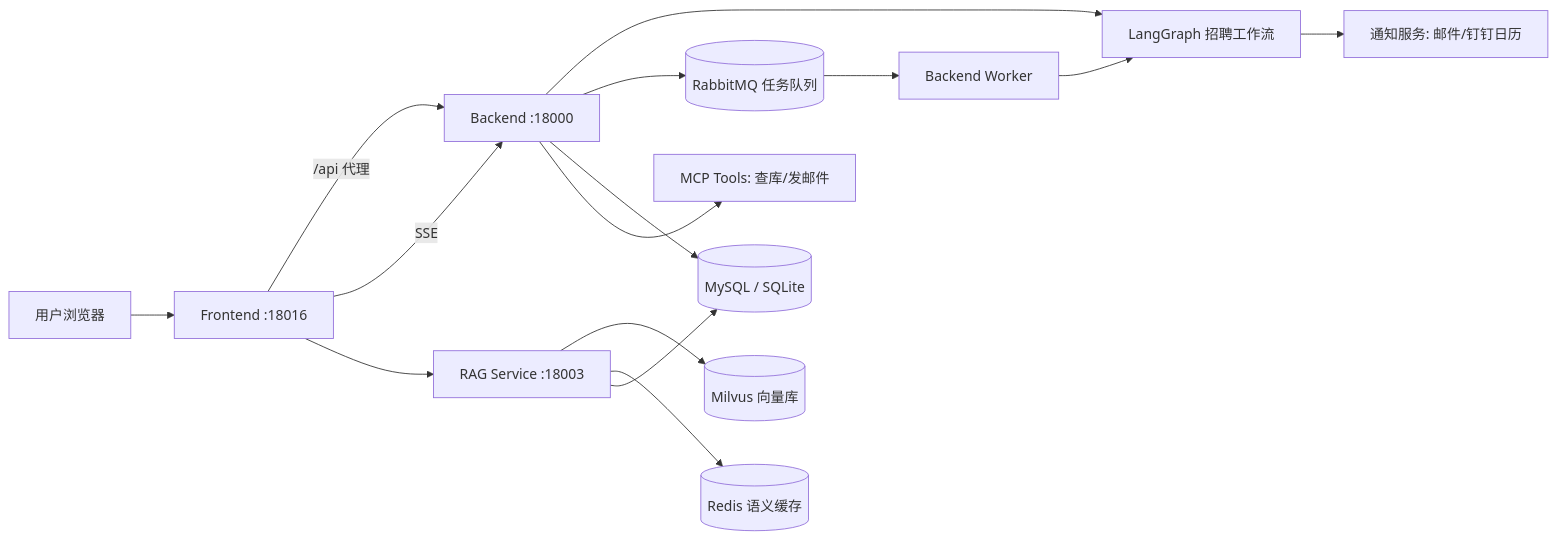
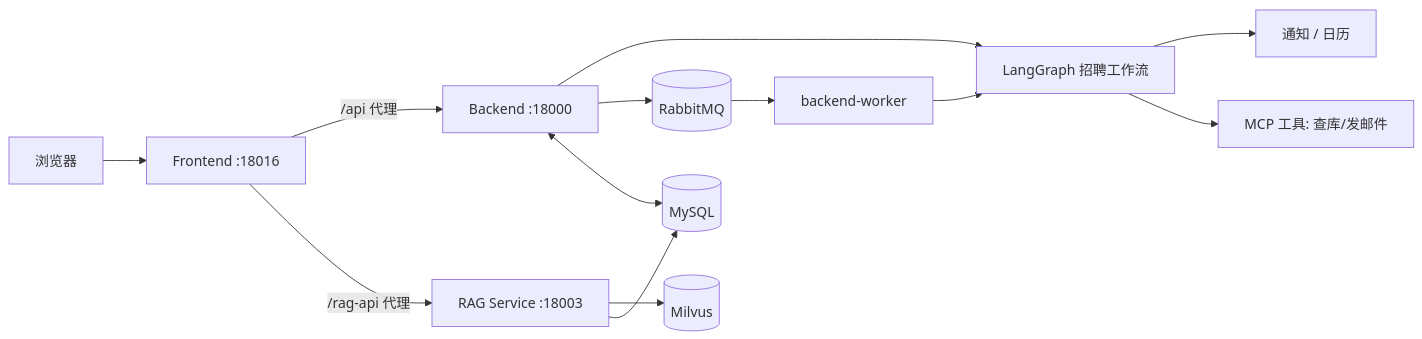
Before and after one commit to sloveprogramming/Boss_bot: the diagram in README.md, drawn with Mermaid. The commit also changed other lines of this file and 26 other files, not shown here.

````diff
--- a/README.md
+++ b/README.md
@@ -58,17 +67,15 @@
 ```mermaid
 flowchart LR
-    U[用户浏览器] --> F[Frontend :18016]
+    U[浏览器] --> F[Frontend :18016]
     F -->|"/api 代理"| B[Backend :18000]
-    F -->|SSE| B
+    F -->|"/rag-api 代理"| R[RAG Service :18003]
     B --> W[LangGraph 招聘工作流]
-    B --> Q[(RabbitMQ 任务队列)]
-    Q --> WK[Backend Worker]
+    B --> Q[(RabbitMQ)]
+    Q --> WK[backend-worker]
     WK --> W
-    B --> DB[(MySQL / SQLite)]
-    W --> N[通知服务: 邮件/钉钉日历]
-    B --> MCP[MCP Tools: 查库/发邮件]
-    F --> RAG[RAG Service :18003]
-    RAG --> MV[(Milvus 向量库)]
-    RAG --> RC[(Redis 语义缓存)]
-    RAG --> DB
+    B <--> DB[(MySQL)]
+    W --> N[通知 / 日历]
+    W --> M[MCP 工具: 查库/发邮件]
+    R --> MV[(Milvus)]
+    R --> DB
 ```
````
